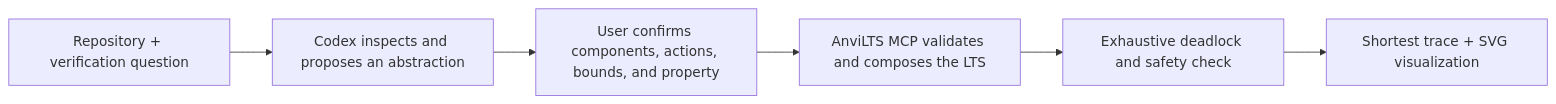
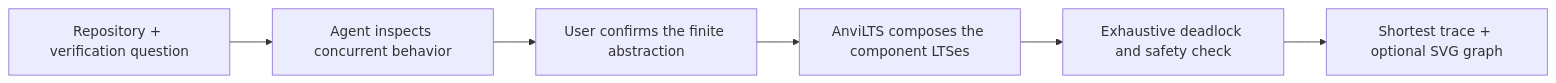
The diagram in README.md (AkhileshNS/anvilts), drawn with Mermaid before and after one commit. The commit also changed other lines of this file and 26 other files, not shown here.

Commit message:
refactor: pivot AnviLTS to portable MCP server with realistic deadlock demos

````diff
--- a/README.md
+++ b/README.md
@@ -7,8 +7,8 @@
 ```mermaid
 flowchart LR
-    A["Repository + verification question"] --> B["Codex inspects and proposes an abstraction"]
-    B --> C["User confirms components, actions, bounds, and property"]
-    C --> D["AnviLTS MCP validates and composes the LTS"]
+    A["Repository + verification question"] --> B["Agent inspects concurrent behavior"]
+    B --> C["User confirms the finite abstraction"]
+    C --> D["AnviLTS composes the component LTSes"]
     D --> E["Exhaustive deadlock and safety check"]
-    E --> F["Shortest trace + SVG visualization"]
+    E --> F["Shortest trace + optional SVG graph"]
 ```
````
